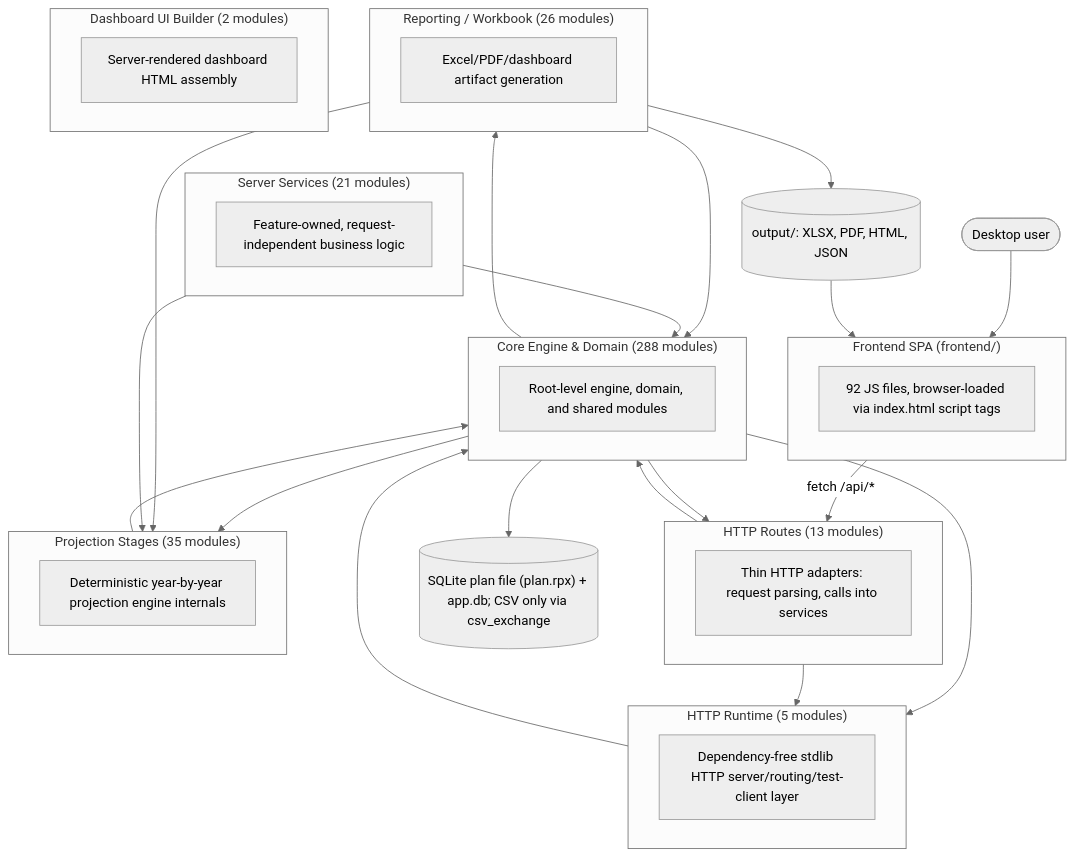
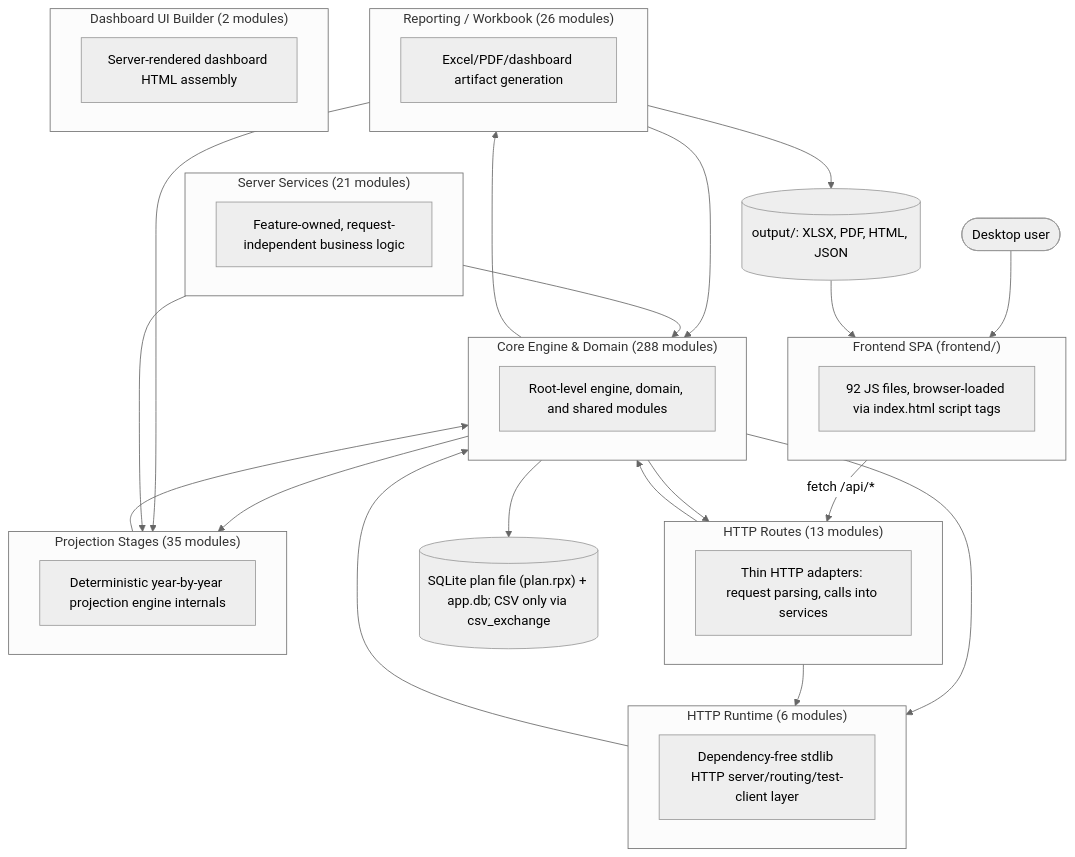
Before and after one commit to matthartzman/retirement_system: the first of 2 diagrams in documentation/reference/SYSTEM_ARCHITECTURE_DIAGRAM.md, drawn with Mermaid (neutral theme). The commit also changed other lines of this file and 14 other files, not shown here.

````diff
--- a/documentation/reference/SYSTEM_ARCHITECTURE_DIAGRAM.md
+++ b/documentation/reference/SYSTEM_ARCHITECTURE_DIAGRAM.md
@@ -11,44 +11,44 @@
 ```mermaid
 flowchart TB
     User(["Desktop user"]) --> FE
     subgraph FE["Frontend SPA (frontend/)"]
         FEcount["92 JS files, browser-loaded via index.html script tags"]
     end
     FE -->|fetch /api/*| L_HTTP_Routes
     subgraph L_HTTP_Routes["HTTP Routes (13 modules)"]
         L_HTTP_Routes_d["Thin HTTP adapters: request parsing, calls into services"]
     end
     subgraph L_Server_Services["Server Services (21 modules)"]
         L_Server_Services_d["Feature-owned, request-independent business logic"]
     end
-    subgraph L_HTTP_Runtime["HTTP Runtime (5 modules)"]
+    subgraph L_HTTP_Runtime["HTTP Runtime (6 modules)"]
         L_HTTP_Runtime_d["Dependency-free stdlib HTTP server/routing/test-client layer"]
     end
     subgraph L_Core_Engine___Domain["Core Engine & Domain (288 modules)"]
         L_Core_Engine___Domain_d["Root-level engine, domain, and shared modules"]
     end
     subgraph L_Projection_Stages["Projection Stages (35 modules)"]
         L_Projection_Stages_d["Deterministic year-by-year projection engine internals"]
     end
     subgraph L_Reporting___Workbook["Reporting / Workbook (26 modules)"]
         L_Reporting___Workbook_d["Excel/PDF/dashboard artifact generation"]
     end
     subgraph L_Dashboard_UI_Builder["Dashboard UI Builder (2 modules)"]
         L_Dashboard_UI_Builder_d["Server-rendered dashboard HTML assembly"]
     end
     L_Core_Engine___Domain --> L_HTTP_Routes
     L_Core_Engine___Domain --> L_HTTP_Runtime
     L_Core_Engine___Domain --> L_Projection_Stages
     L_Core_Engine___Domain --> L_Reporting___Workbook
     L_HTTP_Routes --> L_Core_Engine___Domain
     L_HTTP_Routes --> L_HTTP_Runtime
     L_HTTP_Runtime --> L_Core_Engine___Domain
     L_Projection_Stages --> L_Core_Engine___Domain
     L_Reporting___Workbook --> L_Core_Engine___Domain
     L_Reporting___Workbook --> L_Projection_Stages
     L_Server_Services --> L_Core_Engine___Domain
     L_Server_Services --> L_Projection_Stages
     L_Core_Engine___Domain --> DB[("SQLite plan file (plan.rpx) + app.db; CSV only via csv_exchange")]
     L_Reporting___Workbook --> Outputs[("output/: XLSX, PDF, HTML, JSON")]
     Outputs --> FE
 ```
````
